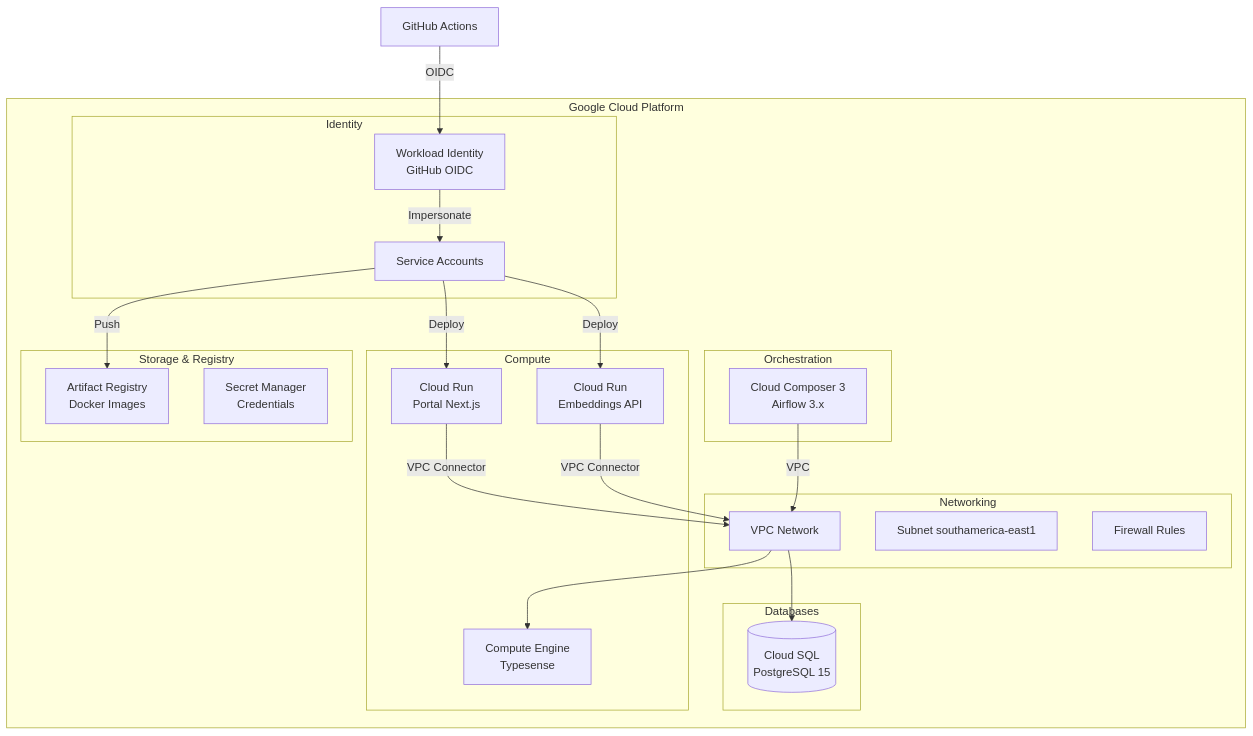
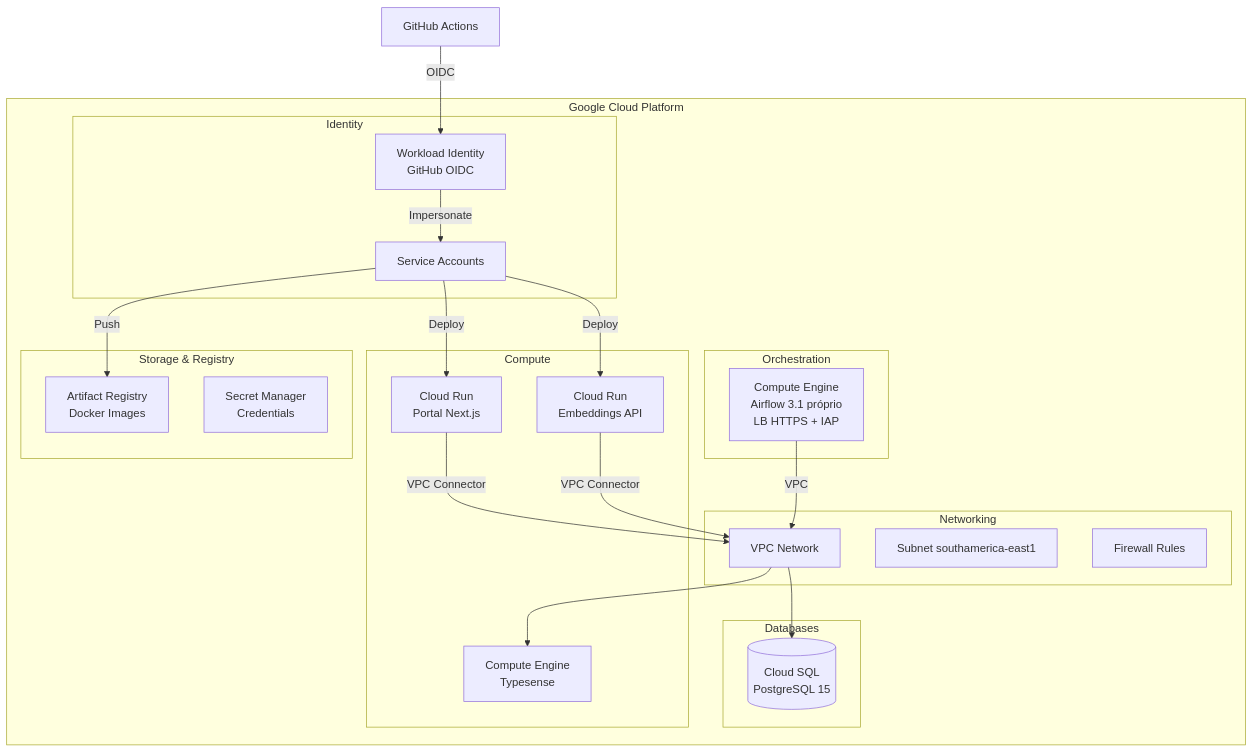
Before and after one commit to destaquesgovbr/docs: the first of 3 diagrams in docs/infraestrutura/arquitetura-gcp.md, drawn with Mermaid. The commit also changed other lines of this file and 8 other files, not shown here.

First line of the commit message:
docs: orquestração no Airflow próprio da VM e scraping numa DAG a cada 2 h (#57)

````diff
--- a/docs/infraestrutura/arquitetura-gcp.md
+++ b/docs/infraestrutura/arquitetura-gcp.md
@@ -11,46 +11,46 @@
 ```mermaid
 flowchart TB
     subgraph "Google Cloud Platform"
         subgraph "Networking"
             VPC[VPC Network]
             SUB[Subnet southamerica-east1]
             FW[Firewall Rules]
         end
 
         subgraph "Databases"
             PG[(Cloud SQL<br/>PostgreSQL 15)]
         end
 
         subgraph "Compute"
             CR[Cloud Run<br/>Portal Next.js]
             EMB[Cloud Run<br/>Embeddings API]
             CE[Compute Engine<br/>Typesense]
         end
 
         subgraph "Orchestration"
-            CC[Cloud Composer 3<br/>Airflow 3.x]
+            CC[Compute Engine<br/>Airflow 3.1 próprio<br/>LB HTTPS + IAP]
         end
 
         subgraph "Storage & Registry"
             AR[Artifact Registry<br/>Docker Images]
             SM[Secret Manager<br/>Credentials]
         end
 
         subgraph "Identity"
             SA[Service Accounts]
             WIF[Workload Identity<br/>GitHub OIDC]
         end
     end
 
     GH[GitHub Actions] -->|OIDC| WIF
     WIF -->|Impersonate| SA
     SA -->|Deploy| CR
     SA -->|Deploy| EMB
     SA -->|Push| AR
 
     CR -->|VPC Connector| VPC
     EMB -->|VPC Connector| VPC
     CC -->|VPC| VPC
     VPC --> CE
     VPC --> PG
 ```
````
